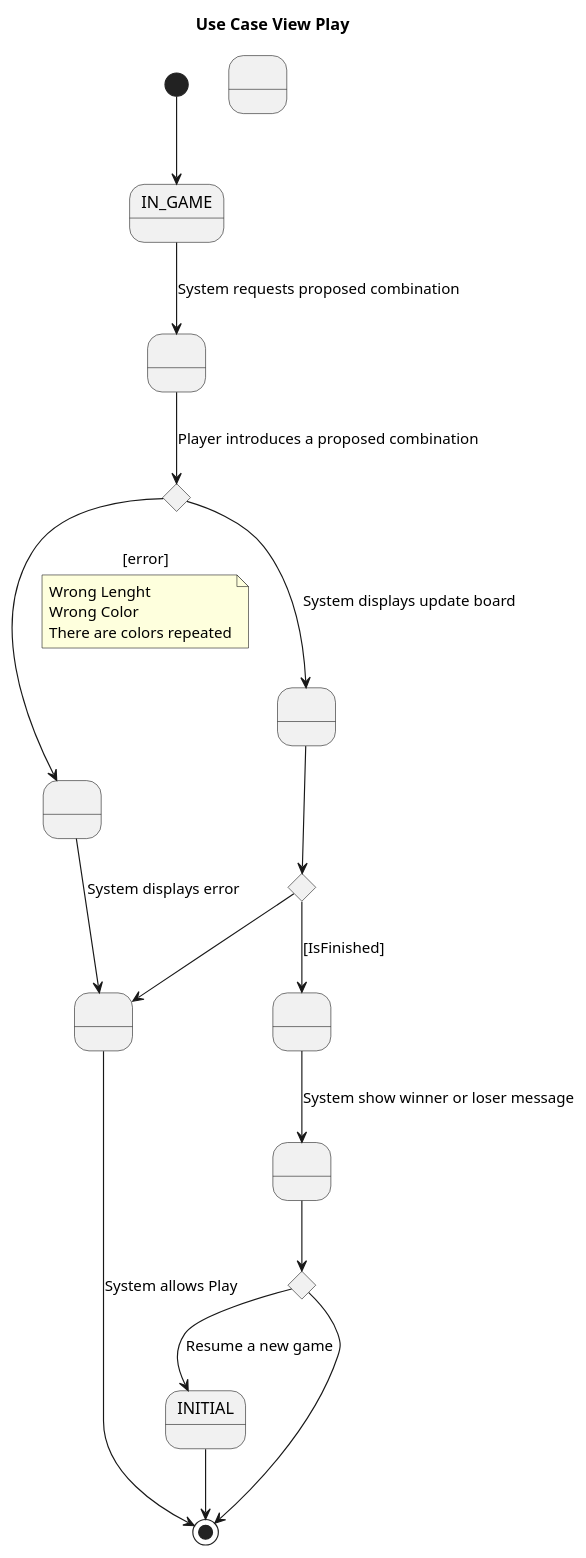
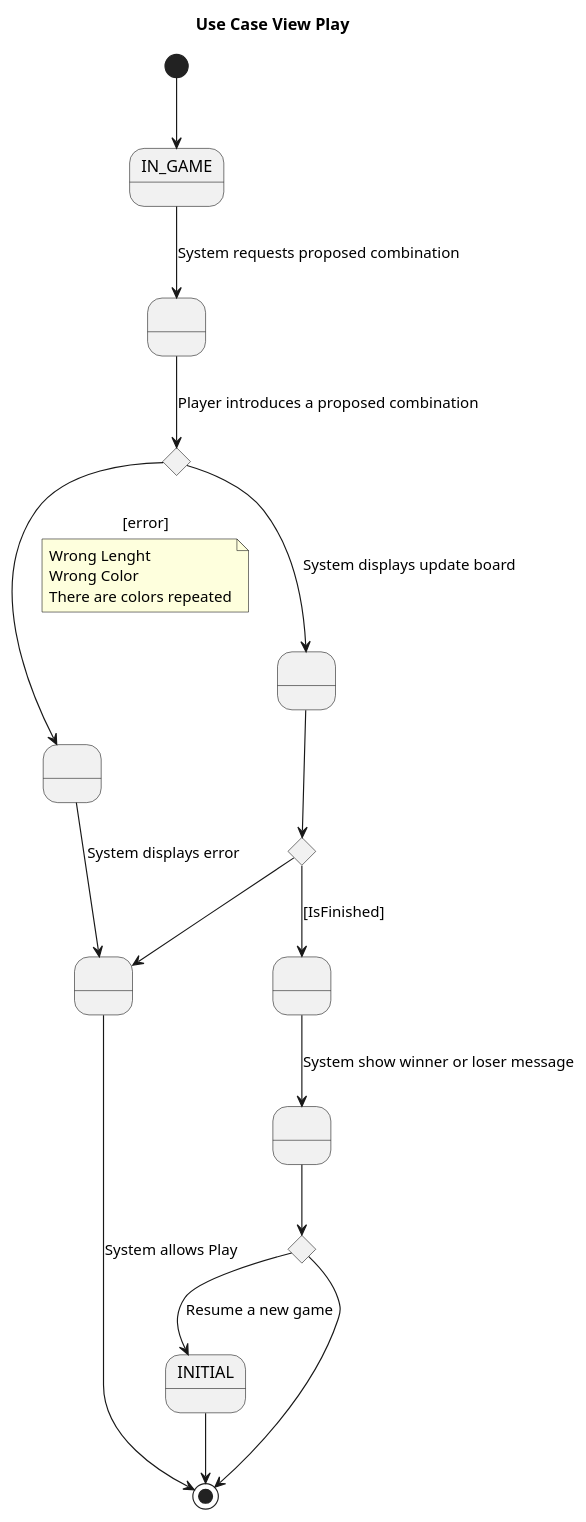
Before and after one commit to franpaulinoinfante/MasterSoftwareDevelopment: the diagram in src/Mastermind/DocumentView/Basic/Docs/UseCasePlayView.plantuml, drawn with PlantUML. The commit also changed 8 other files, not shown here.

```diff
--- a/src/Mastermind/DocumentView/Basic/Docs/UseCasePlayView.plantuml
+++ b/src/Mastermind/DocumentView/Basic/Docs/UseCasePlayView.plantuml
@@ -1,38 +1,37 @@
 @startuml UseCaseViewPlay
 title Use Case View Play
  
 state IN_GAME
 state INITIAL
 state A as " "
 state C as " "
 state D as " "
 state E as " "
 state F as " "
 state I as " "
-state G as " "
 
 state if1 <<choice>>
 state if2 <<choice>>
 state if3 <<choice>>
 
 [*] --> IN_GAME
 IN_GAME --> A : System requests proposed combination
 A --> if1 : Player introduces a proposed combination
     if1 --> C : [error]
     note on link
         Wrong Lenght
         Wrong Color
         There are colors repeated
     endnote
     C --> D : System displays error
     D --> [*] : System allows Play
 if1 --> E : System displays update board
 E --> if2 
     if2 --> F : [IsFinished]
     F --> I : System show winner or loser message
     I --> if3 
     if3 --> INITIAL : Resume a new game
     INITIAL --> [*]
 if2 --> D
 if3 --> [*]
  @enduml
```
